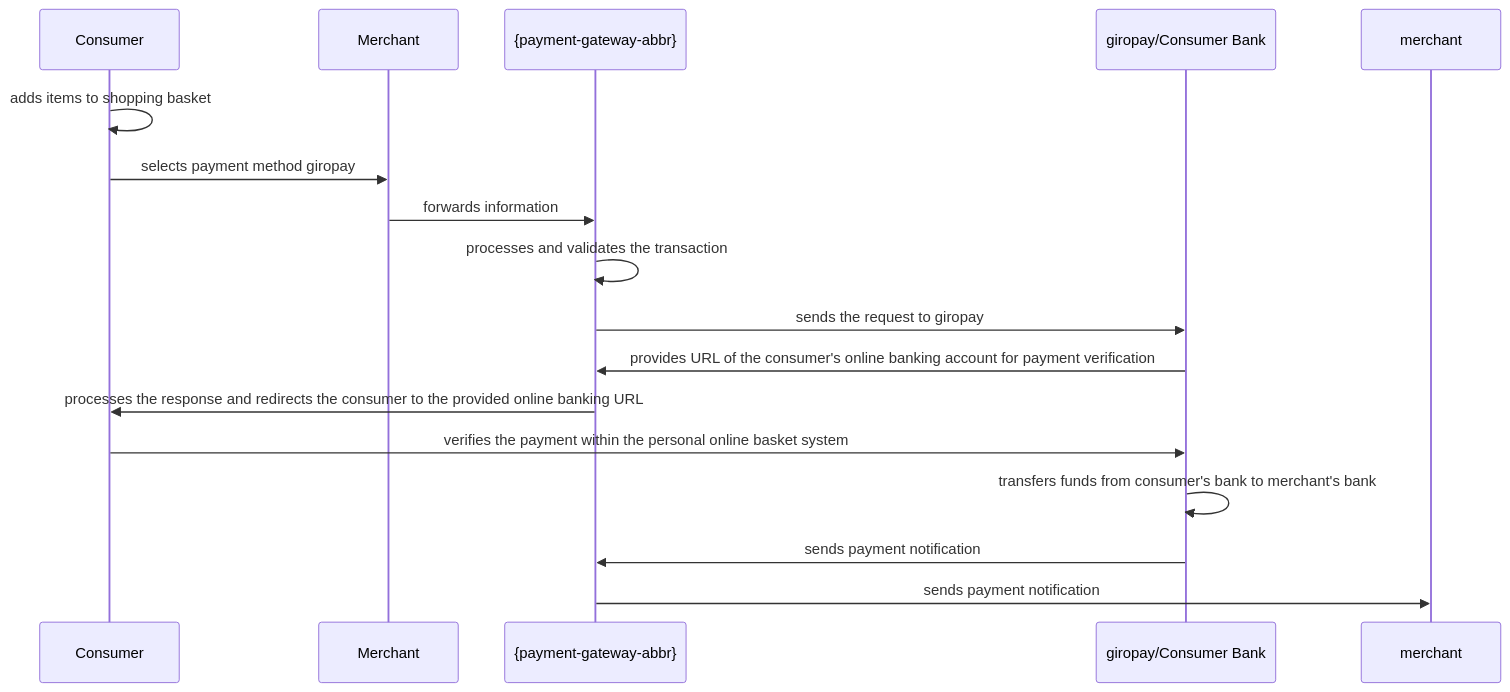
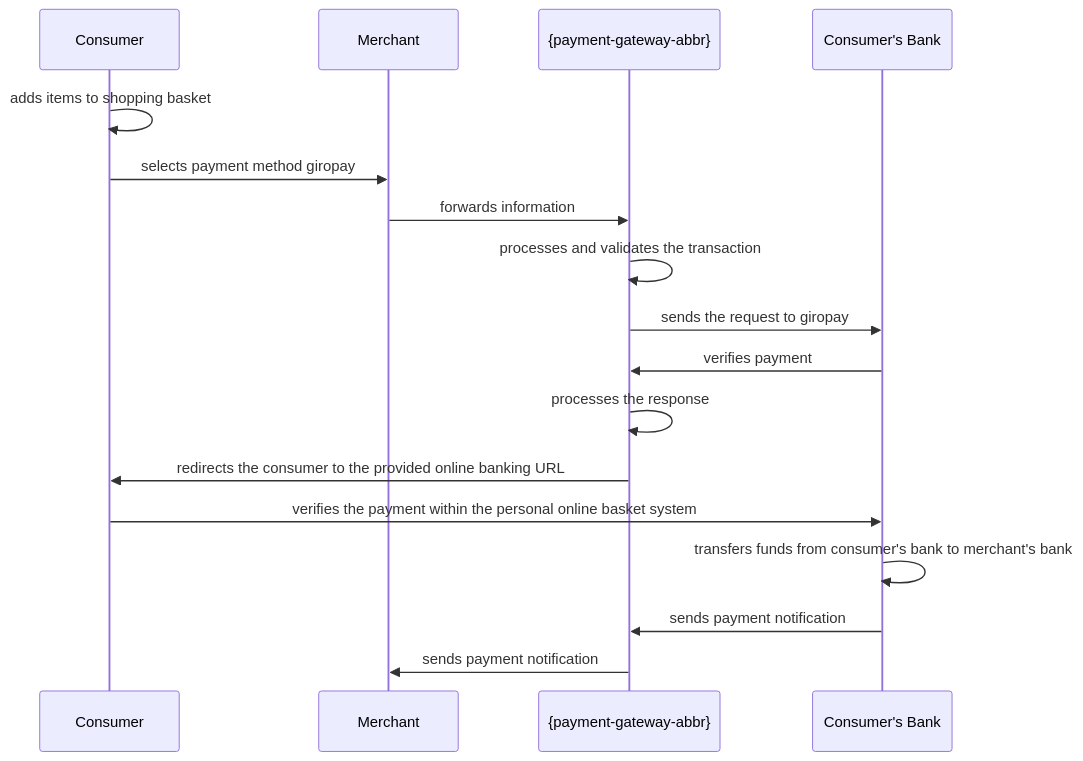
Before and after one commit to wirecard/merchant-documentation-gateway: the diagram in 03-01-04-17-giropay.adoc, drawn with Mermaid. The commit also changed other lines of this file, not shown here.

```diff
--- a/03-01-04-17-giropay.adoc
+++ b/03-01-04-17-giropay.adoc
@@ -71,19 +71,20 @@
 [mermaid, 3DS2_TestCards_Workflow,svg,subs=attributes+]
 ----
 sequenceDiagram
     participant Consumer
     participant Merchant
     participant {payment-gateway-abbr}
-    participant giropay/Consumer Bank
+    participant Consumer's Bank
 Consumer->>Consumer: adds items to shopping basket
 Consumer->>Merchant: selects payment method giropay
 Merchant->>{payment-gateway-abbr}: forwards information
 {payment-gateway-abbr}->>{payment-gateway-abbr}: processes and validates the transaction
-{payment-gateway-abbr}->>giropay/Consumer Bank: sends the request to giropay
-giropay/Consumer Bank->>{payment-gateway-abbr}: provides URL of the consumer's online banking account for payment verification
-{payment-gateway-abbr}->>Consumer: processes the response and redirects the consumer to the provided online banking URL
-Consumer->>giropay/Consumer Bank: verifies the payment within the personal online basket system
-giropay/Consumer Bank->>giropay/Consumer Bank: transfers funds from consumer's bank to merchant's bank
-giropay/Consumer Bank->>{payment-gateway-abbr}: sends payment notification
-{payment-gateway-abbr}->>merchant: sends payment notification
+{payment-gateway-abbr}->>Consumer's Bank: sends the request to giropay
+Consumer's Bank->>{payment-gateway-abbr}: verifies payment
+{payment-gateway-abbr}->>{payment-gateway-abbr}: processes the response 
+{payment-gateway-abbr}->>Consumer: redirects the consumer to the provided online banking URL
+Consumer->>Consumer's Bank: verifies the payment within the personal online basket system
+Consumer's Bank->>Consumer's Bank: transfers funds from consumer's bank to merchant's bank
+Consumer's Bank->>{payment-gateway-abbr}: sends payment notification
+{payment-gateway-abbr}->>Merchant: sends payment notification
 ----
```
